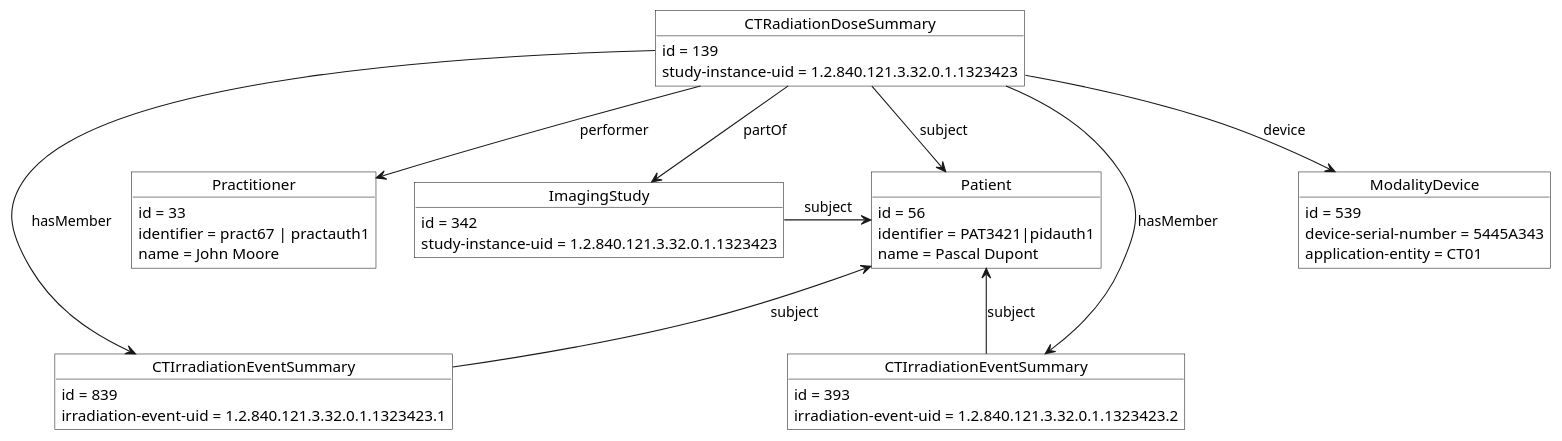
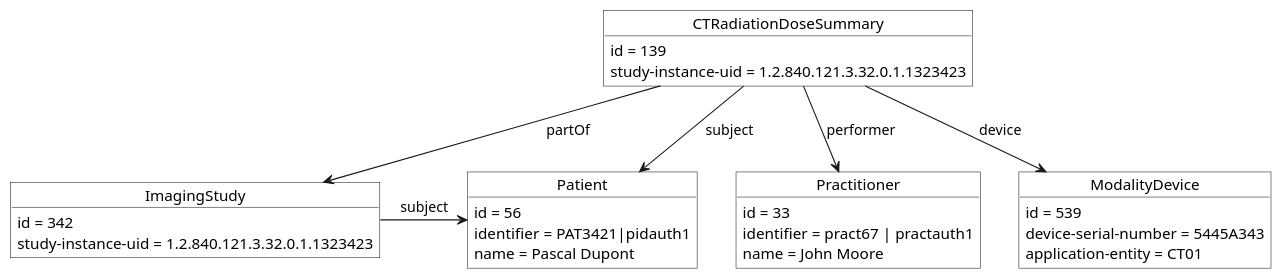
The diagram in input/images-source/example1.plantuml (HL7/fhir-radiation-dose-summary-ig), drawn with PlantUML before and after one commit. The commit also changed 25 other files, not shown here.

Commit message:
FHIR-35713 - keep irradiation event

```diff
--- a/input/images-source/example1.plantuml
+++ b/input/images-source/example1.plantuml
@@ -1,53 +1,37 @@
 @startuml
 skinparam monochrome true
 
 object  CTRadiationDoseSummary #white { 
   id = 139
   study-instance-uid = 1.2.840.121.3.32.0.1.1323423 
 }
 
-object  Patient #white { 
+object  Patient #white {
   id = 56
   identifier = PAT3421|pidauth1
   name = Pascal Dupont
 }
 
 object  ImagingStudy #white { 
   id = 342
   study-instance-uid = 1.2.840.121.3.32.0.1.1323423
 }
 
 object  Practitioner #white { 
   id = 33
   identifier = pract67 | practauth1
   name = John Moore
 }
 
 object  ModalityDevice #white { 
   id = 539
   device-serial-number = 5445A343
   application-entity = CT01
 }
 
-object  "CTIrradiationEventSummary" as CTIrradiationEventSummary1  #white { 
-  id = 839
-  irradiation-event-uid = 1.2.840.121.3.32.0.1.1323423.1
-}
-
-object  "CTIrradiationEventSummary" as CTIrradiationEventSummary2 #white { 
-  id = 393
-  irradiation-event-uid = 1.2.840.121.3.32.0.1.1323423.2
-}
-
 CTRadiationDoseSummary -d-> Patient : "subject"
 CTRadiationDoseSummary -d-> ImagingStudy : "partOf"
 CTRadiationDoseSummary -d-> Practitioner : "performer"
 CTRadiationDoseSummary -d-> ModalityDevice : "device"
-CTRadiationDoseSummary -d-> CTIrradiationEventSummary1 : "hasMember"
-CTRadiationDoseSummary -d-> CTIrradiationEventSummary2 : "hasMember"
-Practitioner -[hidden]d-> CTIrradiationEventSummary1 : "hasMember"
-Practitioner -[hidden]d-> CTIrradiationEventSummary2 : "hasMember"
-CTIrradiationEventSummary1 -u-> Patient : "subject"
-CTIrradiationEventSummary2 -u-> Patient : "subject"
 ImagingStudy -> Patient : "subject"
 @enduml
```
